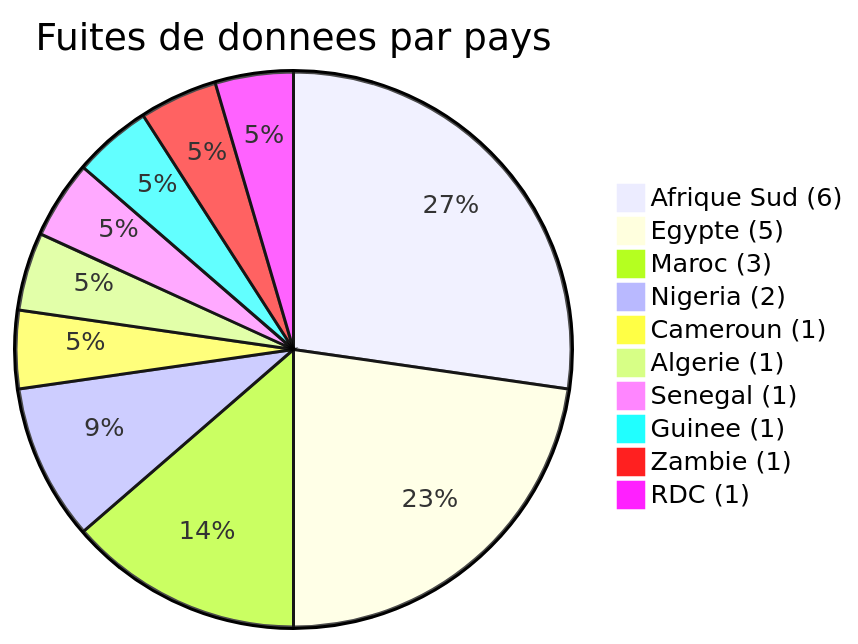
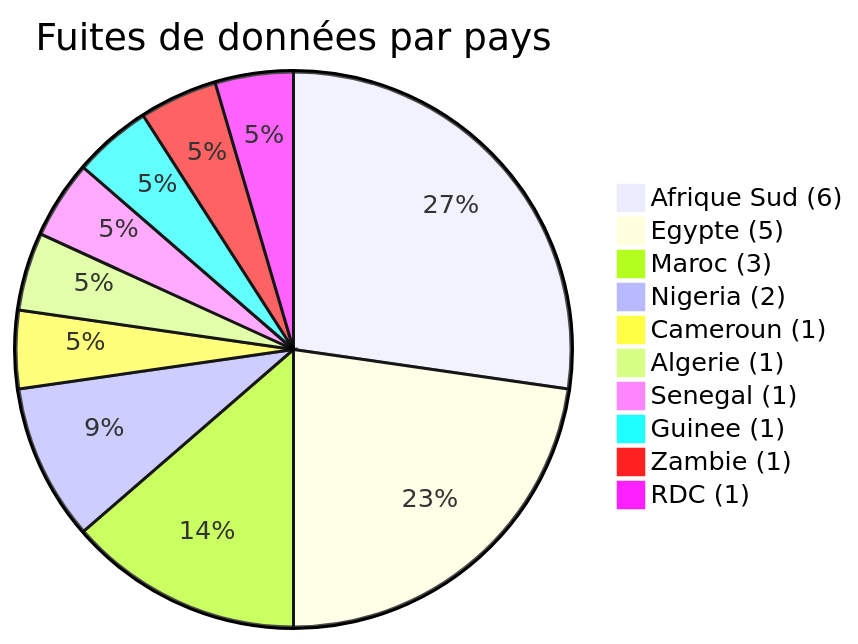
One commit to Hatchepsoute/AFRINTEL changed the third of 5 diagrams in reports/2026/03-march/README_FR.md. Above: the diagram before and after it, drawn with Mermaid. The commit also changed other lines of this file and 1 other file, not shown here.

Commit message:
CTI Report - Cyberattacks in Africa (March 2026)

````diff
--- a/reports/2026/03-march/README_FR.md
+++ b/reports/2026/03-march/README_FR.md
@@ -109,14 +109,14 @@
 ```mermaid
 pie
-    title Fuites de donnees par pays
+    title Fuites de données par pays
     "Afrique Sud (6)" : 6
     "Egypte (5)" : 5
     "Maroc (3)" : 3
     "Nigeria (2)" : 2
     "Cameroun (1)" : 1
     "Algerie (1)" : 1
     "Senegal (1)" : 1
     "Guinee (1)" : 1
     "Zambie (1)" : 1
     "RDC (1)" : 1
 ```
````
